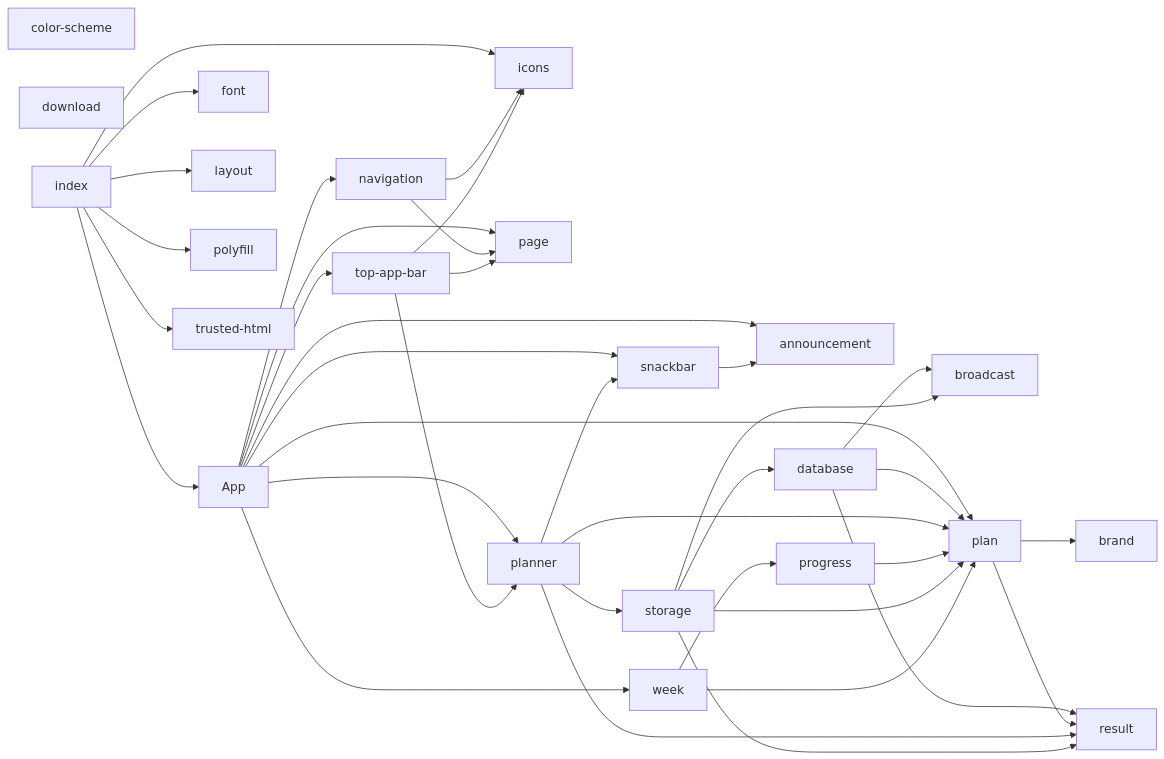
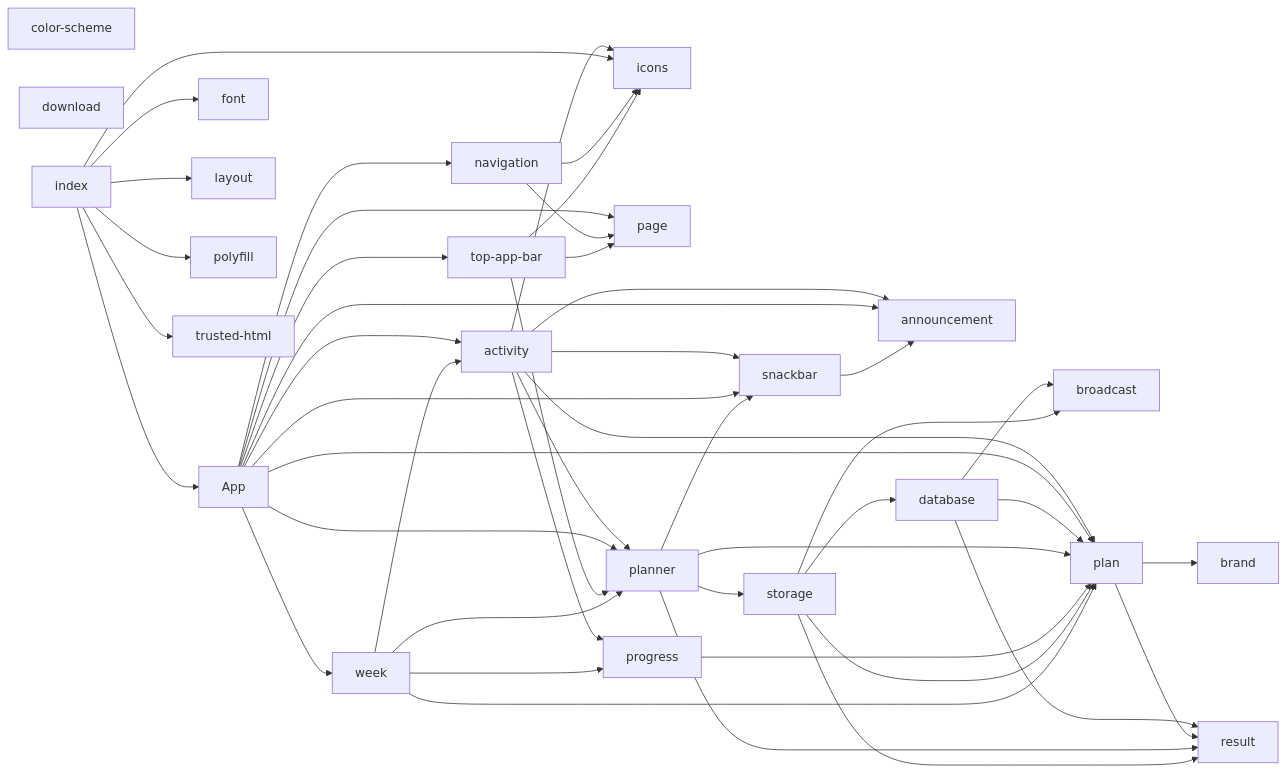
One commit to SantaClaas/week-budget-planner changed the diagram in docs/MODULES.md. Above: the diagram before and after it, drawn with Mermaid. The commit also changed 23 other files, not shown here.

````diff
--- a/docs/MODULES.md
+++ b/docs/MODULES.md
@@ -9,62 +9,72 @@
 ```mermaid
 flowchart LR
   module_App["App"]
+  module_activity["activity"]
   module_announcement["announcement"]
   module_brand["brand"]
   module_broadcast["broadcast"]
   module_color_scheme["color-scheme"]
   module_database["database"]
   module_download["download"]
   module_font["font"]
   module_icons["icons"]
   module_index["index"]
   module_layout["layout"]
   module_navigation["navigation"]
   module_page["page"]
   module_plan["plan"]
   module_planner["planner"]
   module_polyfill["polyfill"]
   module_progress["progress"]
   module_result["result"]
   module_snackbar["snackbar"]
   module_storage["storage"]
   module_top_app_bar["top-app-bar"]
   module_trusted_html["trusted-html"]
   module_week["week"]
+  module_activity --> module_announcement
+  module_activity --> module_icons
+  module_activity --> module_plan
+  module_activity --> module_planner
+  module_activity --> module_progress
+  module_activity --> module_snackbar
+  module_App --> module_activity
   module_App --> module_announcement
   module_App --> module_navigation
   module_App --> module_page
   module_App --> module_plan
   module_App --> module_planner
   module_App --> module_snackbar
   module_App --> module_top_app_bar
   module_App --> module_week
   module_database --> module_broadcast
   module_database --> module_plan
   module_database --> module_result
   module_index --> module_App
   module_index --> module_font
   module_index --> module_icons
   module_index --> module_layout
   module_index --> module_polyfill
   module_index --> module_trusted_html
   module_navigation --> module_icons
   module_navigation --> module_page
   module_plan --> module_brand
   module_plan --> module_result
   module_planner --> module_plan
   module_planner --> module_result
   module_planner --> module_snackbar
   module_planner --> module_storage
   module_progress --> module_plan
   module_snackbar --> module_announcement
   module_storage --> module_broadcast
   module_storage --> module_database
   module_storage --> module_plan
   module_storage --> module_result
   module_top_app_bar --> module_icons
   module_top_app_bar --> module_page
   module_top_app_bar --> module_planner
+  module_week --> module_activity
   module_week --> module_plan
+  module_week --> module_planner
   module_week --> module_progress
 ```
````
